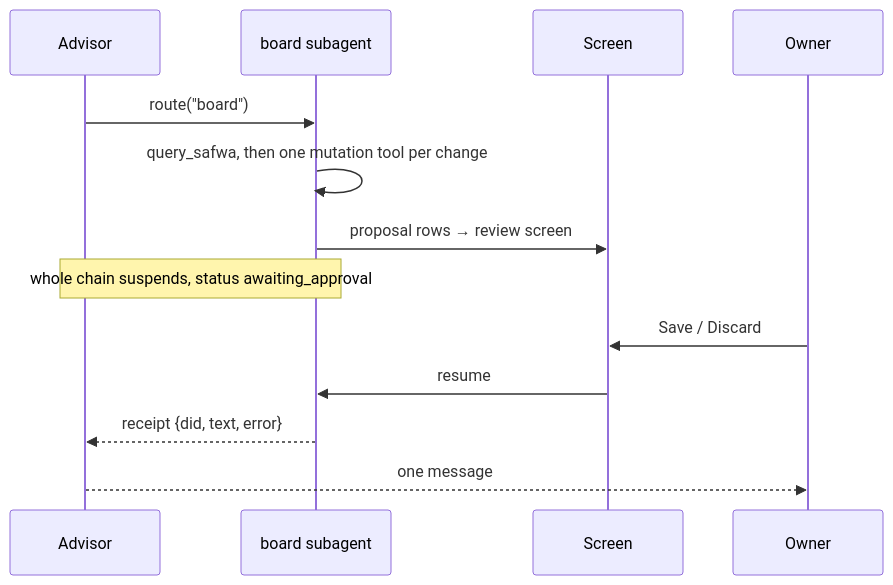
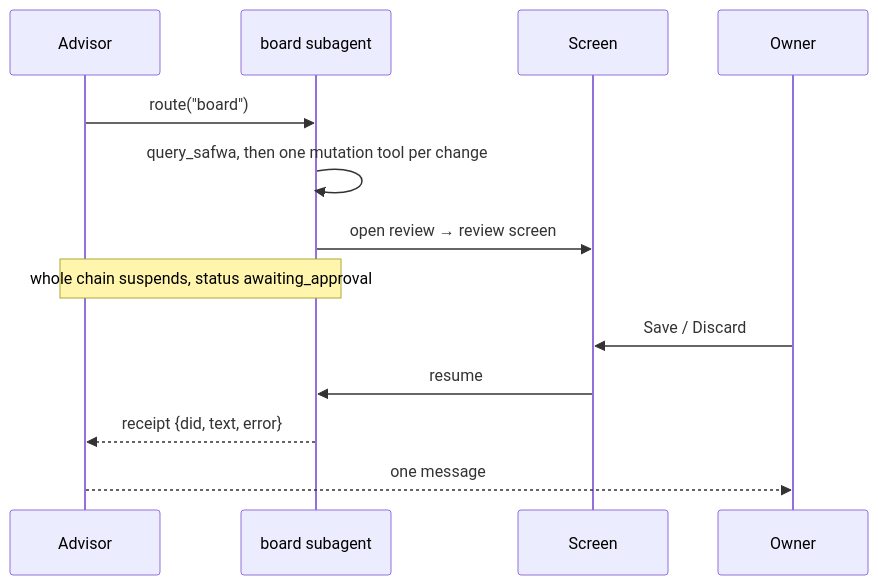
Before and after one commit to myvaheed/tg-ai-safwa: the third of 10 diagrams in docs/AGENT_ARCH.md, drawn with Mermaid. The commit also changed other lines of this file and 59 other files, not shown here.

````diff
--- a/docs/AGENT_ARCH.md
+++ b/docs/AGENT_ARCH.md
@@ -129,15 +129,15 @@
 ```mermaid
 sequenceDiagram
     participant A as Advisor
     participant B as board subagent
     participant S as Screen
     participant O as Owner
     A->>B: route("board")
     B->>B: query_safwa, then one mutation tool per change
-    B->>S: proposal rows → review screen
+    B->>S: open review → review screen
     Note over A,B: whole chain suspends, status awaiting_approval
     O->>S: Save / Discard
     S->>B: resume
     B-->>A: receipt {did, text, error}
     A-->>O: one message
 ```
````
